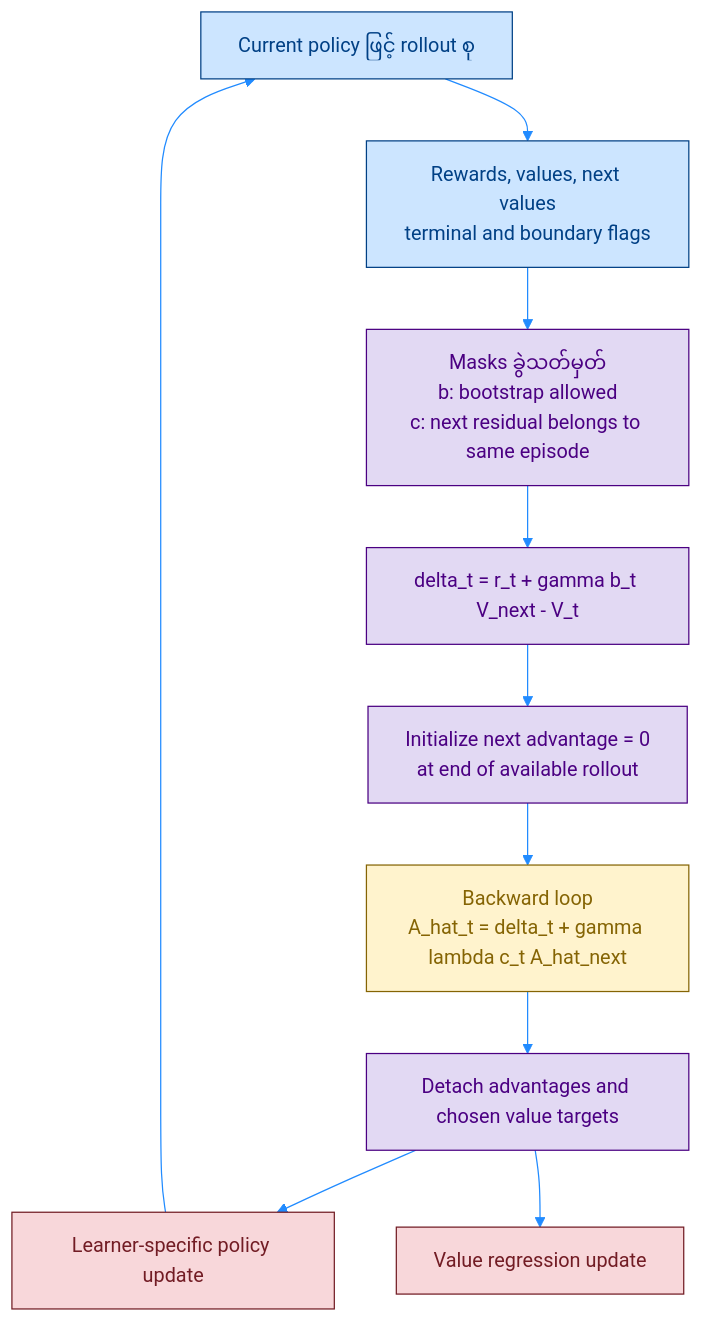
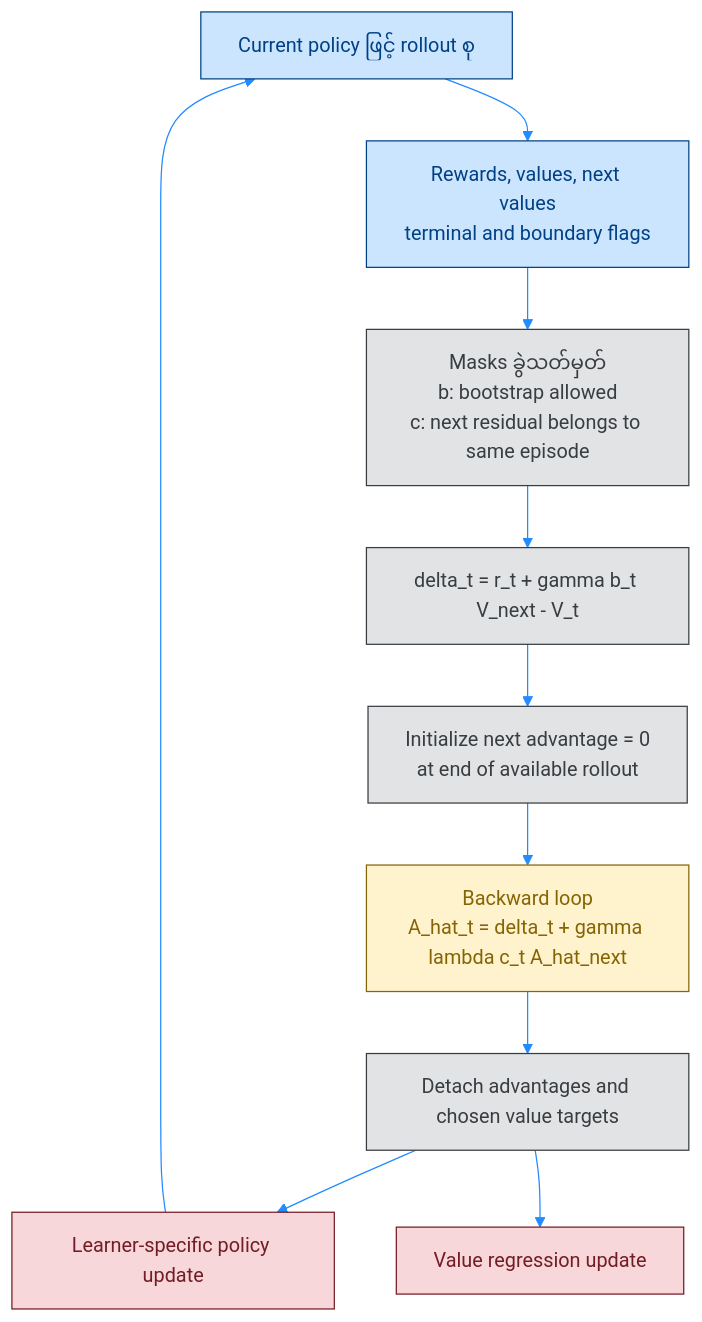
Before and after one commit to Open-Source-Robotics-For-Myanmar/rl: the third of 3 diagrams in Day81 RL python/02_Miguel Morales - Grokking Deep Reinforcement Learning/02_rl_with_dl/rom_photos/09_1_PB_GAE.md, drawn with Mermaid. The commit also changed other lines of this file and 12 other files, not shown here.

````diff
--- a/Day81 RL python/02_Miguel Morales - Grokking Deep Reinforcement Learning/02_rl_with_dl/rom_photos/09_1_PB_GAE.md
+++ b/Day81 RL python/02_Miguel Morales - Grokking Deep Reinforcement Learning/02_rl_with_dl/rom_photos/09_1_PB_GAE.md
@@ -104,22 +125,23 @@
 ```mermaid
 %%{init: {'theme': 'base', 'themeVariables': { 'primaryColor': '#ffffff', 'lineColor': '#218bff'}}}%%
 flowchart TD
     C["Current policy ဖြင့် rollout စု"] --> B["Rewards, values, next values<br/>terminal and boundary flags"]
     B --> M["Masks ခွဲသတ်မှတ်<br/>b: bootstrap allowed<br/>c: next residual belongs to same episode"]
     M --> D["delta_t = r_t + gamma b_t V_next - V_t"]
     D --> I["Initialize next advantage = 0<br/>at end of available rollout"]
     I --> G["Backward loop<br/>A_hat_t = delta_t + gamma lambda c_t A_hat_next"]
     G --> T["Detach advantages and chosen value targets"]
     T --> P["Learner-specific policy update"]
     T --> V["Value regression update"]
     P --> C
 
     classDef data fill:#cce5ff,stroke:#004085,stroke-width:1px,color:#004085;
-    classDef advantage fill:#fff3cd,stroke:#856404,stroke-width:1px,color:#856404;
-    classDef target fill:#e2d9f3,stroke:#4b0082,stroke-width:1px,color:#4b0082;
+    classDef batch fill:#fff3cd,stroke:#856404,stroke-width:1px,color:#856404;
     classDef train fill:#f8d7da,stroke:#721c24,stroke-width:1px,color:#721c24;
+    classDef result fill:#e2e3e5,stroke:#383d41,stroke-width:1px,color:#383d41;
+
     class C,B data;
-    class G advantage;
-    class M,D,I,T target;
+    class G batch;
     class P,V train;
+    class M,D,I,T result;
 ```
````
